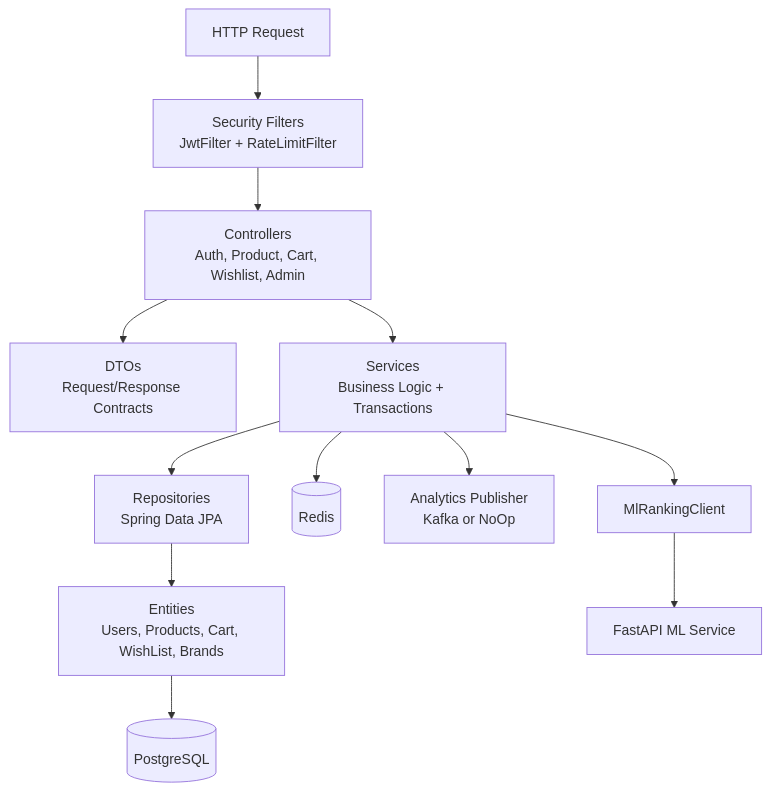
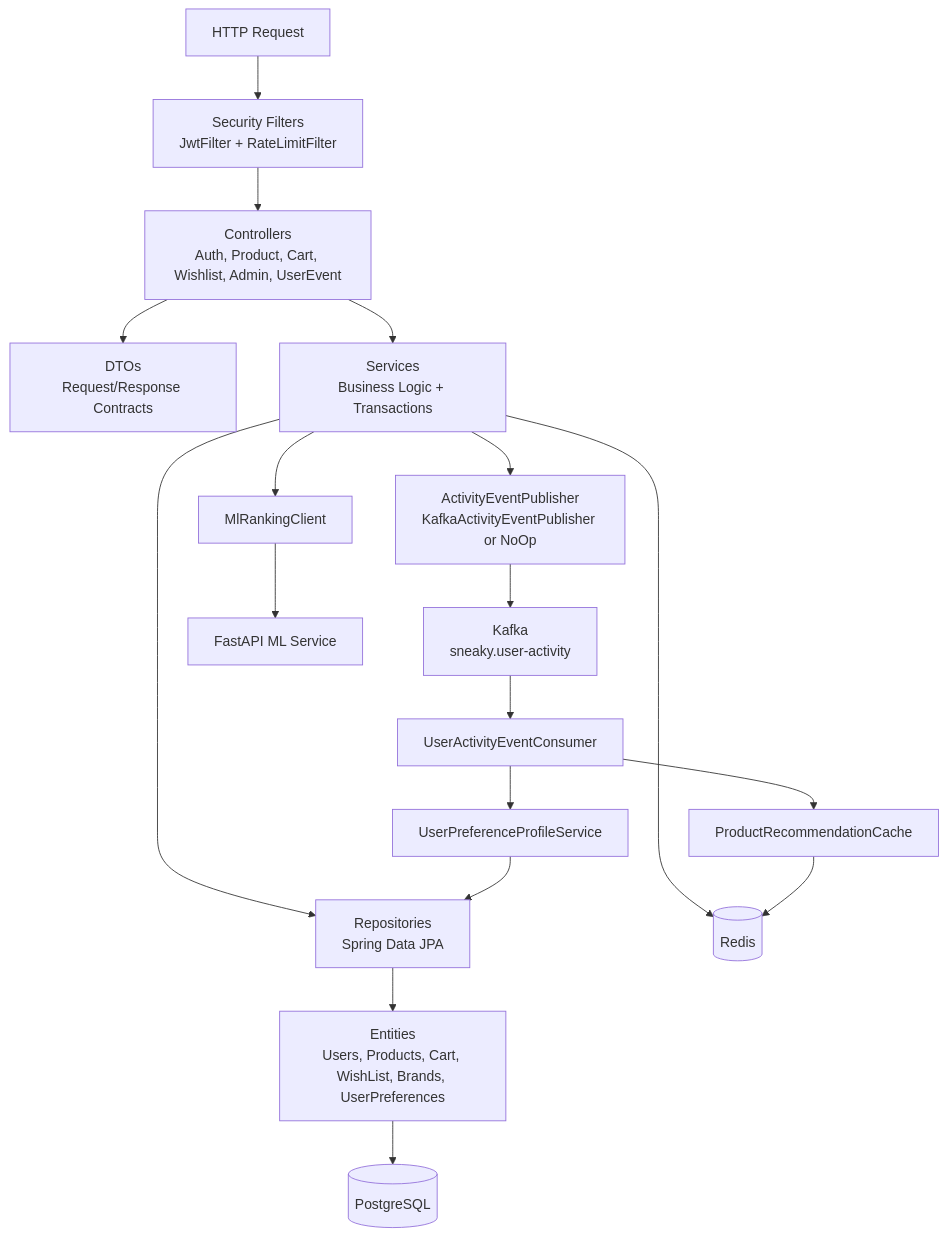
Before and after one commit to BINIT-Nayak/Sneaky: the fourth of 11 diagrams in docs/hld-lld-diagrams.md, drawn with Mermaid. The commit also changed other lines of this file and 2 other files, not shown here.

````diff
--- a/docs/hld-lld-diagrams.md
+++ b/docs/hld-lld-diagrams.md
@@ -97,27 +117,37 @@
 ```mermaid
 flowchart TD
     request[HTTP Request]
     security[Security Filters<br/>JwtFilter + RateLimitFilter]
-    controllers[Controllers<br/>Auth, Product, Cart, Wishlist, Admin]
+    controllers[Controllers<br/>Auth, Product, Cart, Wishlist, Admin, UserEvent]
     dtos[DTOs<br/>Request/Response Contracts]
     services[Services<br/>Business Logic + Transactions]
     repositories[Repositories<br/>Spring Data JPA]
-    entities[Entities<br/>Users, Products, Cart, WishList, Brands]
+    entities[Entities<br/>Users, Products, Cart, WishList, Brands, UserPreferences]
     db[(PostgreSQL)]
     redis[(Redis)]
-    analytics[Analytics Publisher<br/>Kafka or NoOp]
+    publisher[ActivityEventPublisher<br/>KafkaActivityEventPublisher or NoOp]
+    kafka[Kafka<br/>sneaky.user-activity]
+    consumer[UserActivityEventConsumer]
+    profile[UserPreferenceProfileService]
+    recCache[ProductRecommendationCache]
     mlClient[MlRankingClient]
     ml[FastAPI ML Service]
 
     request --> security
     security --> controllers
     controllers --> dtos
     controllers --> services
     services --> repositories
     repositories --> entities
     entities --> db
     services --> redis
-    services --> analytics
+    services --> publisher
+    publisher --> kafka
+    kafka --> consumer
+    consumer --> profile
+    profile --> repositories
+    consumer --> recCache
+    recCache --> redis
     services --> mlClient
     mlClient --> ml
 ```
````
